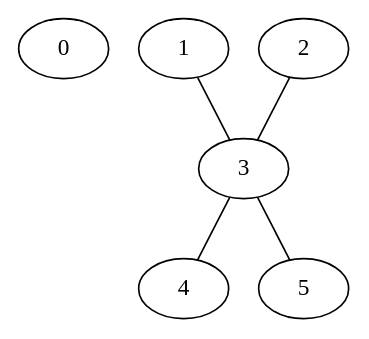
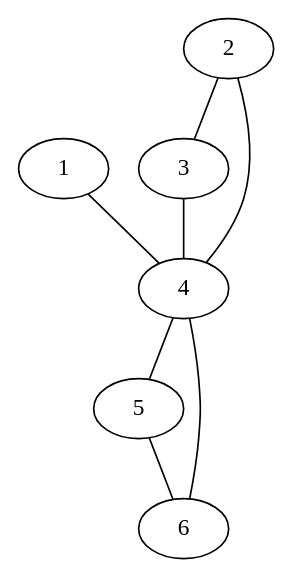
The diagram in aula04/output/grafo.dot (marina-medeiros/grafos), drawn with Graphviz before and after one commit. The commit also changed 3 other files, not shown here.

```diff
--- a/aula04/output/grafo.dot
+++ b/aula04/output/grafo.dot
@@ -1,11 +1,15 @@
 graph G {
-  0;
   1;
   2;
   3;
   4;
-  1 -- 3;
+  5;
+  6;
+  1 -- 4;
   2 -- 3;
+  2 -- 4;
   3 -- 4;
-  3 -- 5;
+  4 -- 5;
+  4 -- 6;
+  5 -- 6;
 }
```
